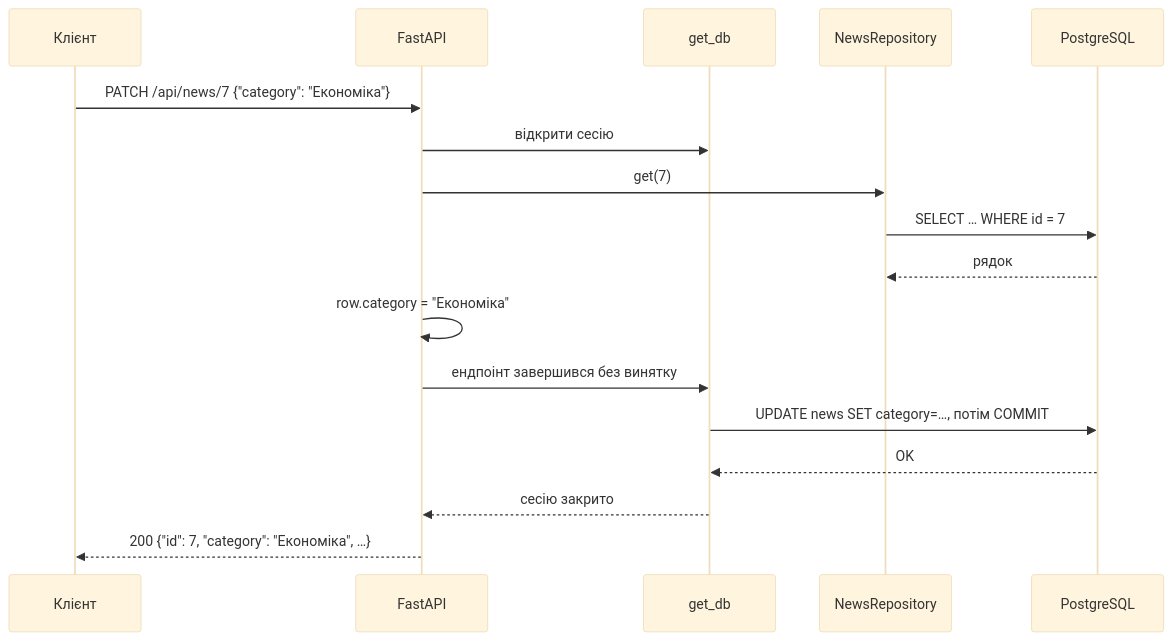
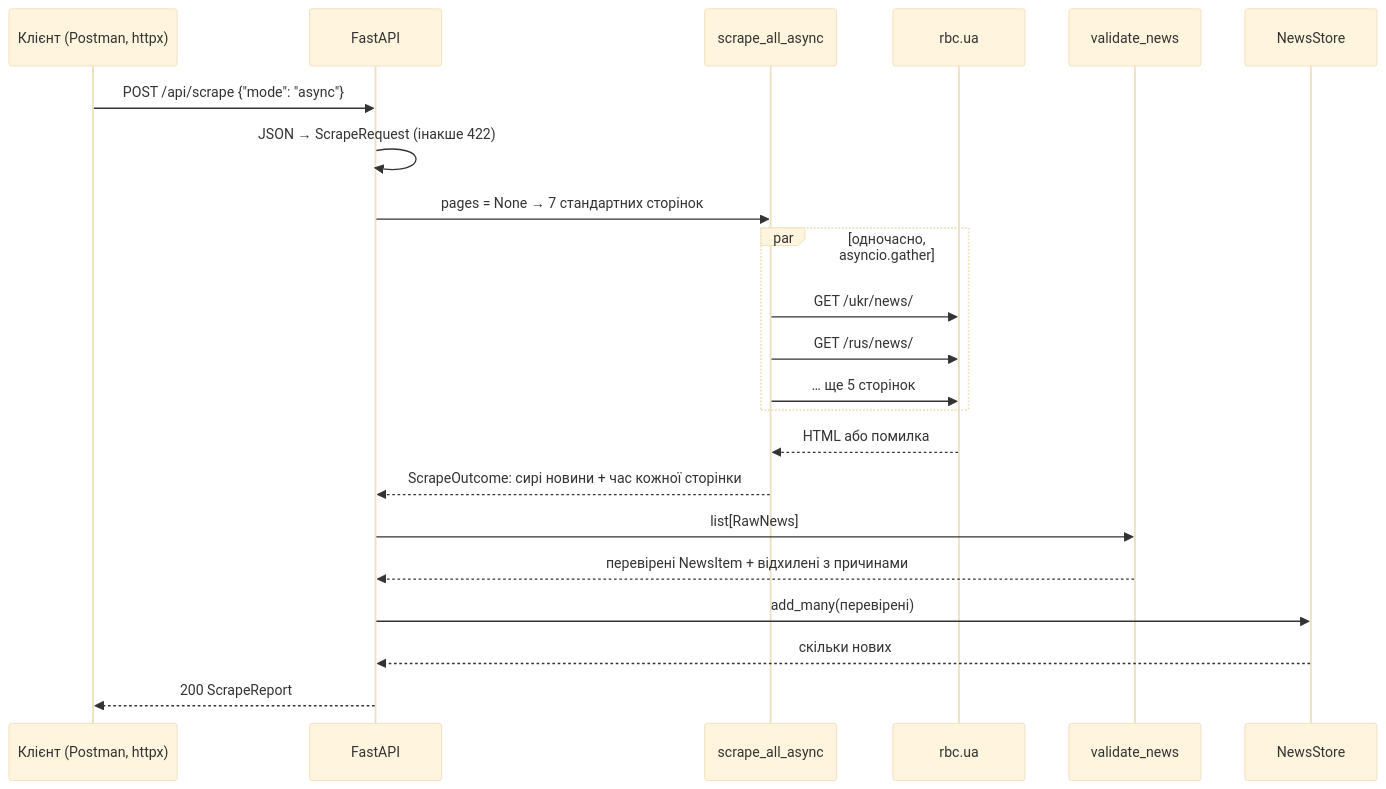
Before and after one commit to AlinaRadchenko/PY-Course-Victor-Nikoriak-22-09-2026: the first of 3 diagrams in docs/modules/m4/lesson_38.md, drawn with Mermaid (base theme). The commit also changed other lines of this file and 1846 other files, not shown here.

````diff
--- a/docs/modules/m4/lesson_38.md
+++ b/docs/modules/m4/lesson_38.md
@@ -283,20 +283,25 @@
 ```mermaid
 sequenceDiagram
-    participant C as Клієнт
+    participant C as Клієнт (Postman, httpx)
     participant F as FastAPI
-    participant G as get_db
-    participant R as NewsRepository
-    participant DB as PostgreSQL
+    participant S as scrape_all_async
+    participant R as rbc.ua
+    participant V as validate_news
+    participant DB as NewsStore
 
-    C->>F: PATCH /api/news/7 {"category": "Економіка"}
-    F->>G: відкрити сесію
-    F->>R: get(7)
-    R->>DB: SELECT … WHERE id = 7
-    DB-->>R: рядок
-    F->>F: row.category = "Економіка"
-    F->>G: ендпоінт завершився без винятку
-    G->>DB: UPDATE news SET category=…, потім COMMIT
-    DB-->>G: OK
-    G-->>F: сесію закрито
-    F-->>C: 200 {"id": 7, "category": "Економіка", …}
+    C->>F: POST /api/scrape {"mode": "async"}
+    F->>F: JSON → ScrapeRequest (інакше 422)
+    F->>S: pages = None → 7 стандартних сторінок
+    par одночасно, asyncio.gather
+        S->>R: GET /ukr/news/
+        S->>R: GET /rus/news/
+        S->>R: … ще 5 сторінок
+    end
+    R-->>S: HTML або помилка
+    S-->>F: ScrapeOutcome: сирі новини + час кожної сторінки
+    F->>V: list[RawNews]
+    V-->>F: перевірені NewsItem + відхилені з причинами
+    F->>DB: add_many(перевірені)
+    DB-->>F: скільки нових
+    F-->>C: 200 ScrapeReport
 ```
````
